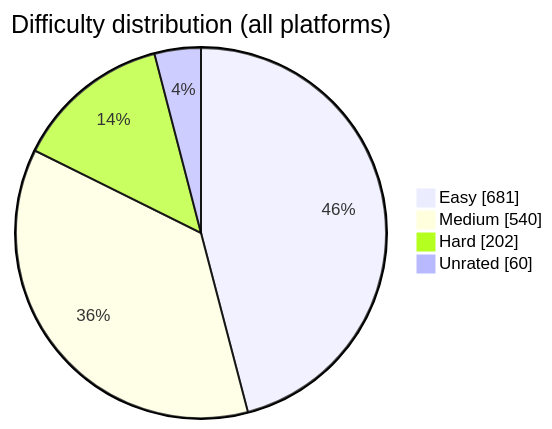
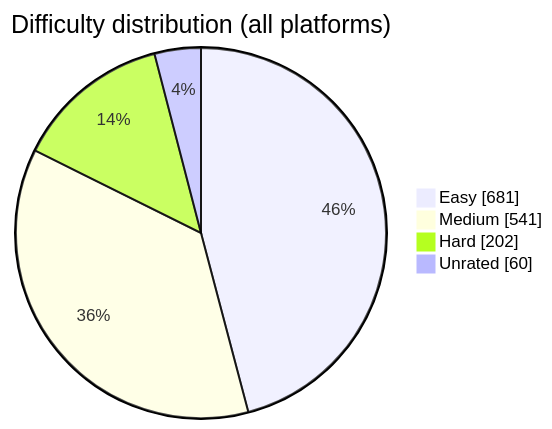
Before and after one commit to BuildbyArindam/Daily-Coding-Log: the diagram in README.md, drawn with Mermaid. The commit also changed other lines of this file, not shown here.

````diff
--- a/README.md
+++ b/README.md
@@ -93,7 +93,7 @@
 ```mermaid
 pie showData title Difficulty distribution (all platforms)
     "Easy" : 681
-    "Medium" : 540
+    "Medium" : 541
     "Hard" : 202
     "Unrated" : 60
 ```
````
